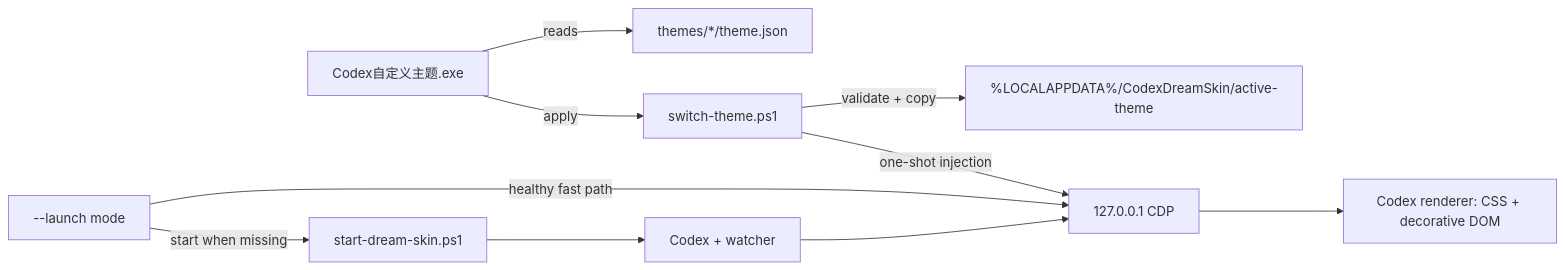
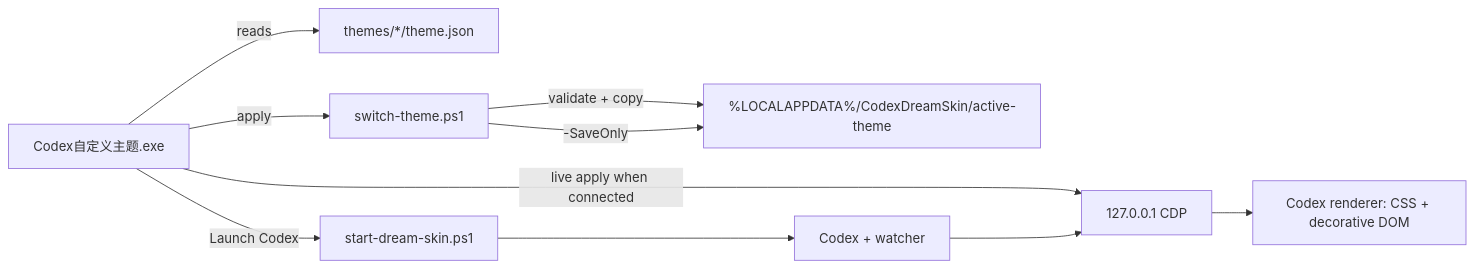
One commit to bilbillm/Codex-Dream-Skin-Switcher changed the diagram in README.en.md. Above: the diagram before and after it, drawn with Mermaid. The commit also changed other lines of this file and 24 other files, not shown here.

````diff
--- a/README.en.md
+++ b/README.en.md
@@ -243,12 +219,12 @@
 ```mermaid
 flowchart LR
     A["Codex自定义主题.exe"] -->|"reads"| B["themes/*/theme.json"]
     A -->|"apply"| C["switch-theme.ps1"]
     C -->|"validate + copy"| D["%LOCALAPPDATA%/CodexDreamSkin/active-theme"]
-    C -->|"one-shot injection"| E["127.0.0.1 CDP"]
-    F["--launch mode"] -->|"healthy fast path"| E
-    F -->|"start when missing"| G["start-dream-skin.ps1"]
+    C -->|"-SaveOnly"| D
+    A -->|"Launch Codex"| G["start-dream-skin.ps1"]
+    A -->|"live apply when connected"| E["127.0.0.1 CDP"]
     G --> H["Codex + watcher"]
     H --> E
     E --> I["Codex renderer: CSS + decorative DOM"]
 ```
````
